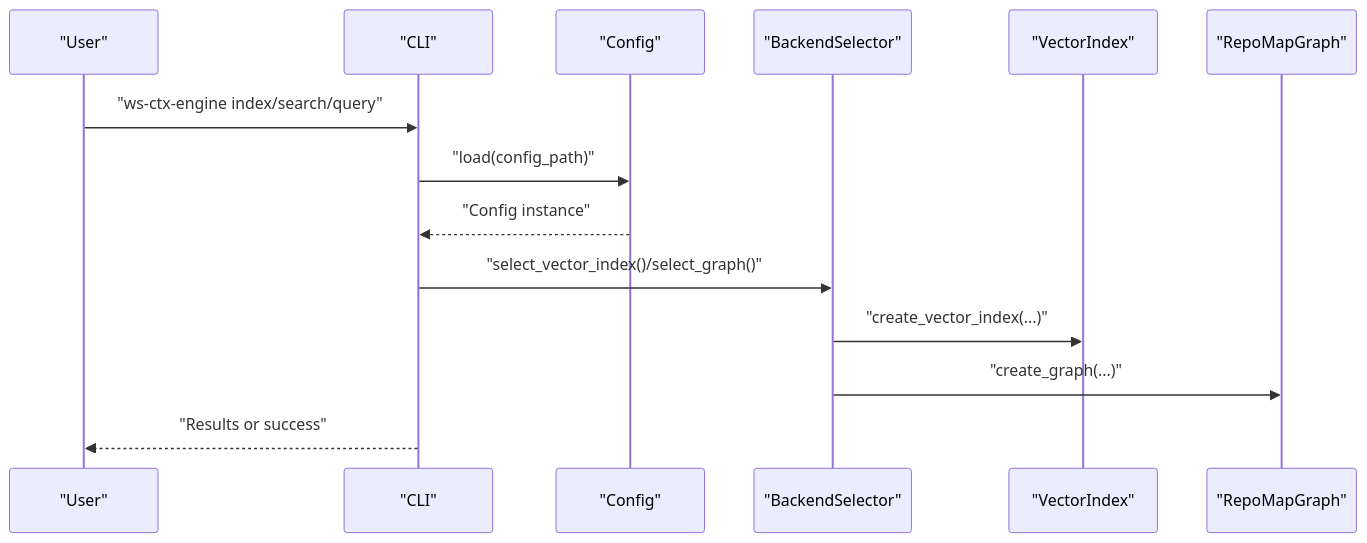
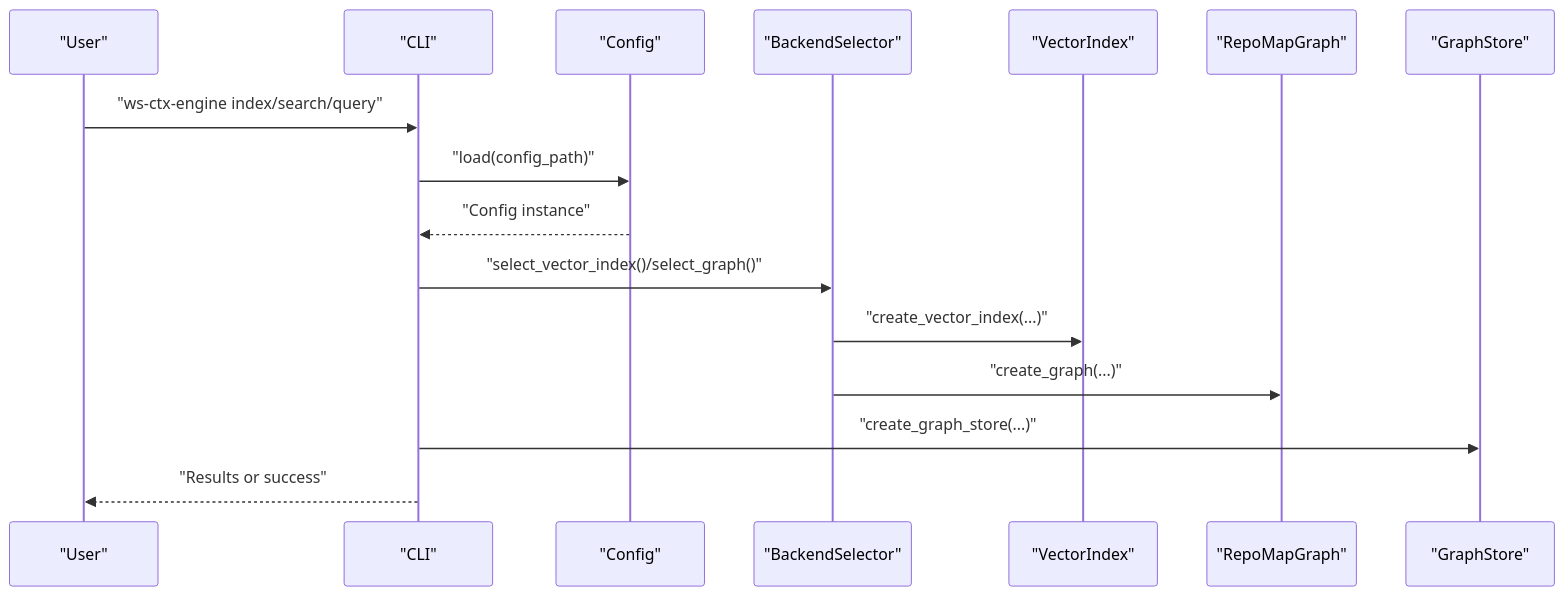
One commit to maemreyo/zmr-ctx-paker changed the second of 6 diagrams in .qoder/repowiki/en/content/Configuration Management.md. Above: the diagram before and after it, drawn with Mermaid. The commit also changed other lines of this file and 25 other files, not shown here.

````diff
--- a/.qoder/repowiki/en/content/Configuration Management.md
+++ b/.qoder/repowiki/en/content/Configuration Management.md
@@ -80,16 +101,18 @@
 ```mermaid
 sequenceDiagram
 participant User as "User"
 participant CLI as "CLI"
 participant Config as "Config"
 participant Selector as "BackendSelector"
 participant Index as "VectorIndex"
 participant Graph as "RepoMapGraph"
+participant Store as "GraphStore"
 User->>CLI : "ws-ctx-engine index/search/query"
 CLI->>Config : "load(config_path)"
 Config-->>CLI : "Config instance"
 CLI->>Selector : "select_vector_index()/select_graph()"
 Selector->>Index : "create_vector_index(...)"
 Selector->>Graph : "create_graph(...)"
+CLI->>Store : "create_graph_store(...)"
 CLI-->>User : "Results or success"
 ```
````
